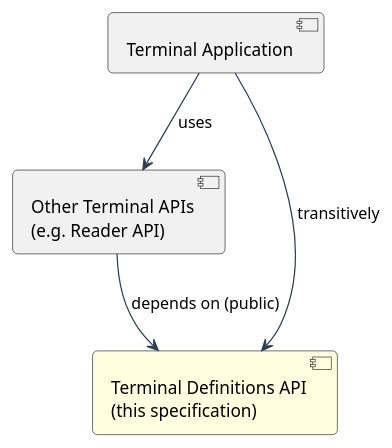
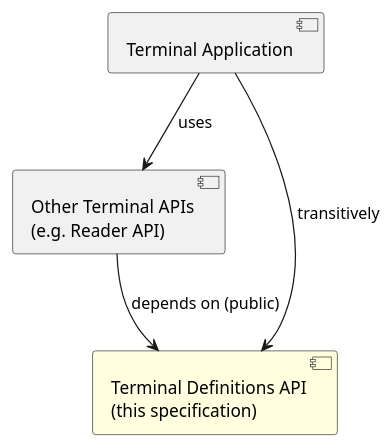
The diagram in uml/architecture-overview.puml (calypsonet/calypsonet-terminal-definitions-uml-api), drawn with PlantUML before and after one commit.

Commit message:
docs clean puml

```diff
--- a/uml/architecture-overview.puml
+++ b/uml/architecture-overview.puml
@@ -1,13 +1,10 @@
 @startuml
-skinparam shadowing false
-skinparam roundCorner 8
-skinparam ArrowColor #2C3E50
 
 component "Terminal Application" as App
 component "Other Terminal APIs\n(e.g. Reader API)" as Other
 component "Terminal Definitions API\n(this specification)" as Def #LightYellow
 
 App   --> Other : uses
 Other --> Def   : depends on (public)
 App   --> Def   : transitively
 @enduml
```
